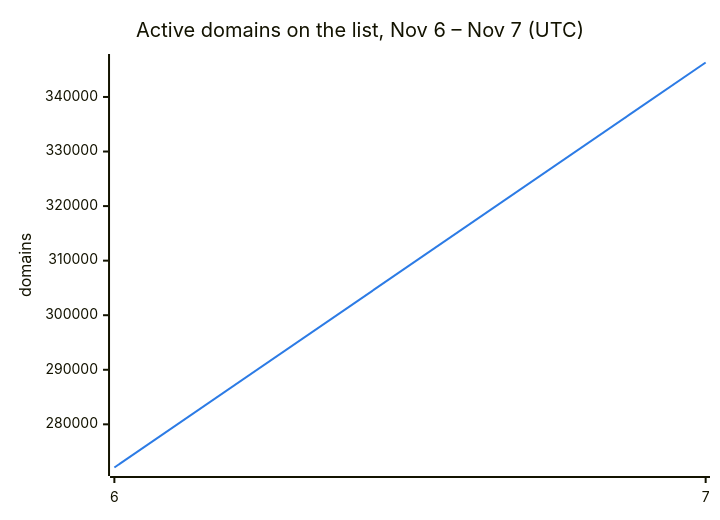
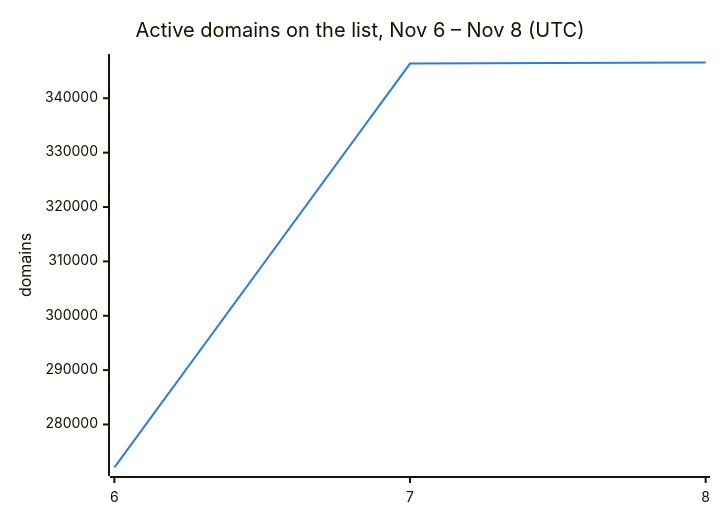
Before and after one commit to DNSBunker/CTI: the second of 3 diagrams in README.md, drawn with Mermaid. The commit also changed other lines of this file and 3 other files, not shown here.

First line of the commit message:
Update 2026-11-08 00:05 UTC: 346579 domains

````diff
--- a/README.md
+++ b/README.md
@@ -38,8 +38,8 @@
 ```mermaid
 %%{init: {"themeVariables": {"xyChart": {"plotColorPalette": "#2c7be5"}}}}%%
 xychart-beta
-    title "Active domains on the list, Nov 6 – Nov 7 (UTC)"
-    x-axis ["6", "7"]
+    title "Active domains on the list, Nov 6 – Nov 8 (UTC)"
+    x-axis ["6", "7", "8"]
     y-axis "domains"
-    line [272088, 346317]
+    line [272088, 346388, 346579]
 ```
````
